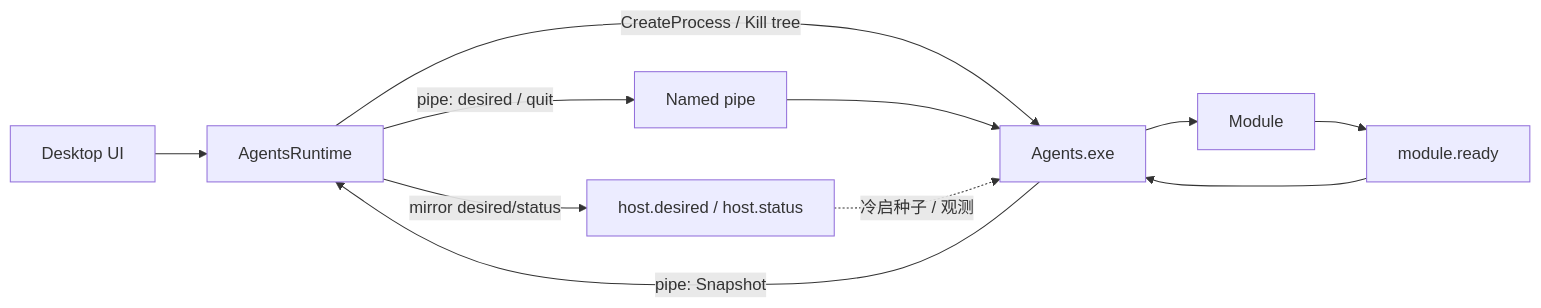
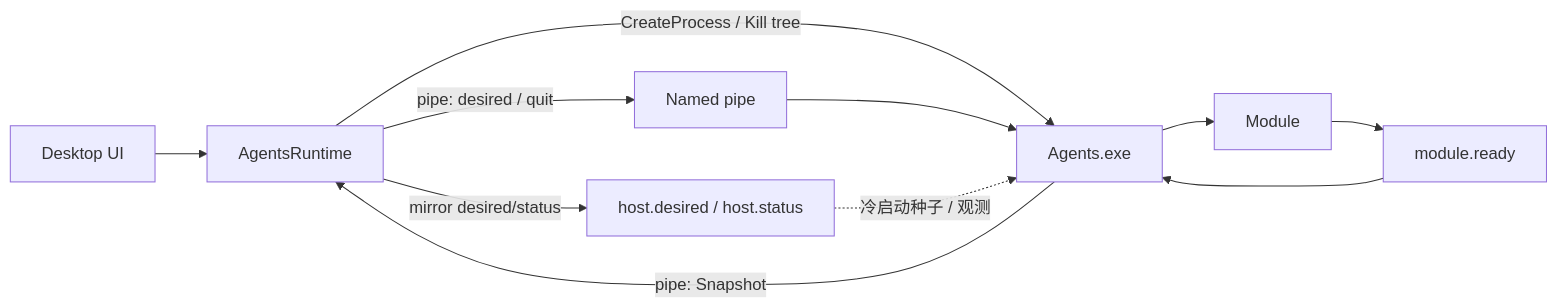
One commit to pacmandoh/pactoolkits changed the diagram in docs/architecture/agents.md. Above: the diagram before and after it, drawn with Mermaid. The commit also changed other lines of this file and 68 other files, not shown here.

````diff
--- a/docs/architecture/agents.md
+++ b/docs/architecture/agents.md
@@ -51,13 +51,13 @@
 ```mermaid
 flowchart LR
   UI["Desktop UI"] --> Runtime["AgentsRuntime"]
   Runtime -->|"CreateProcess / Kill tree"| Host["Agents.exe"]
   Runtime -->|"pipe: desired / quit"| Pipe["Named pipe"]
   Pipe --> Host
   Runtime -->|"mirror desired/status"| Files["host.desired / host.status"]
-  Files -.->|"冷启种子 / 观测"| Host
+  Files -.->|"冷启动种子 / 观测"| Host
   Host --> Module["Module"]
   Module --> Ready["module.ready"]
   Ready --> Host
   Host -->|"pipe: Snapshot"| Runtime
 ```
````
